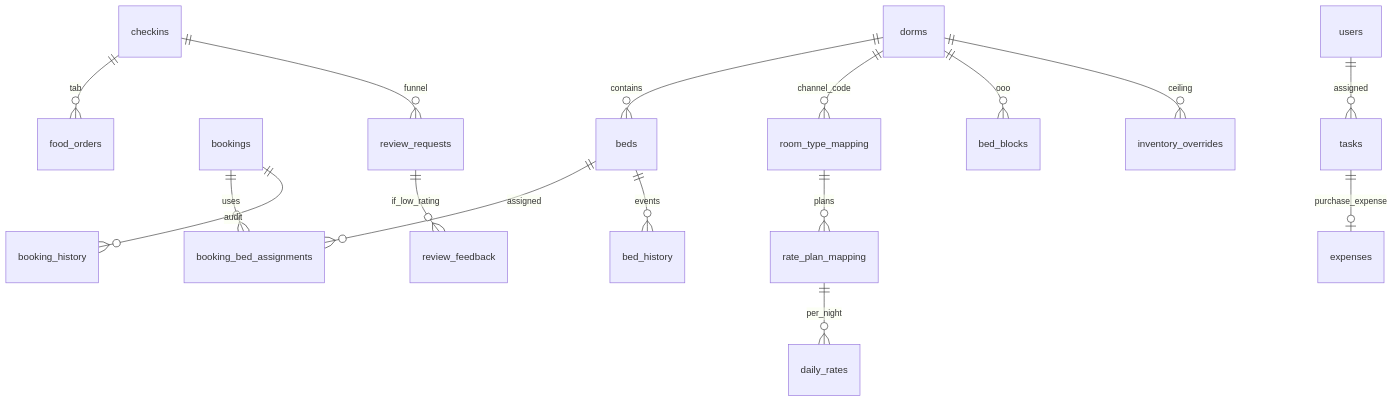
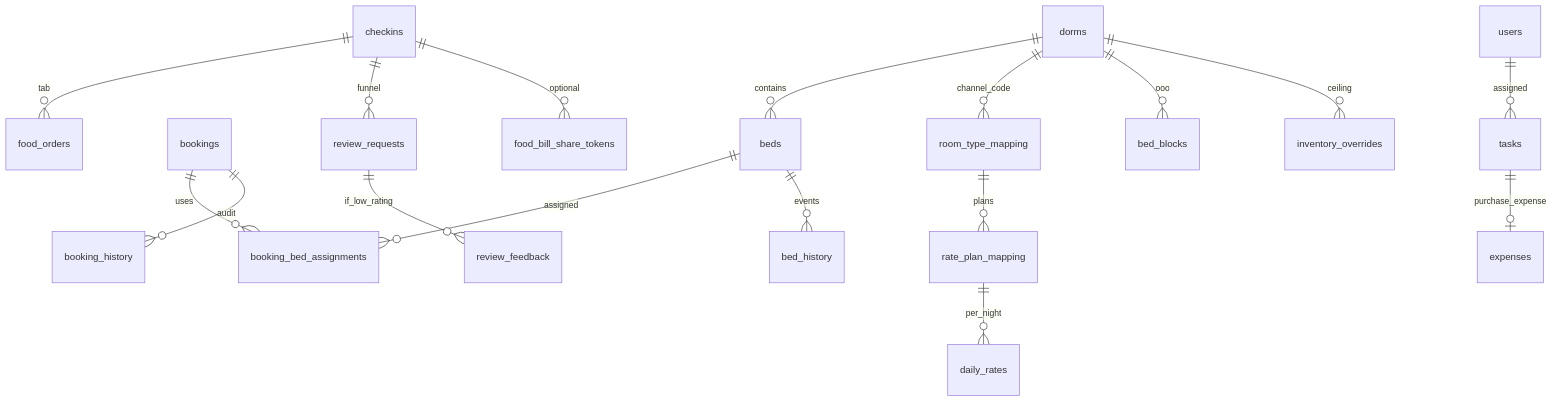
One commit to thegokosocial/GokoHostelWebpages changed the third of 10 diagrams in docs/relationships.md. Above: the diagram before and after it, drawn with Mermaid. The commit also changed 24 other files, not shown here.

First line of the commit message:
Add opaque food-bill WhatsApp shares and stacked Combined Bill cards.

````diff
--- a/docs/relationships.md
+++ b/docs/relationships.md
@@ -109,18 +109,19 @@
 ```mermaid
 erDiagram
   dorms ||--o{ beds : contains
   beds ||--o{ booking_bed_assignments : assigned
   bookings ||--o{ booking_bed_assignments : uses
   bookings ||--o{ booking_history : audit
   checkins ||--o{ food_orders : tab
   checkins ||--o{ review_requests : funnel
+  checkins ||--o{ food_bill_share_tokens : optional
   review_requests ||--o{ review_feedback : if_low_rating
   dorms ||--o{ room_type_mapping : channel_code
   room_type_mapping ||--o{ rate_plan_mapping : plans
   rate_plan_mapping ||--o{ daily_rates : per_night
   dorms ||--o{ bed_blocks : ooo
   dorms ||--o{ inventory_overrides : ceiling
   beds ||--o{ bed_history : events
   users ||--o{ tasks : assigned
   tasks ||--o| expenses : purchase_expense
 ```
````
